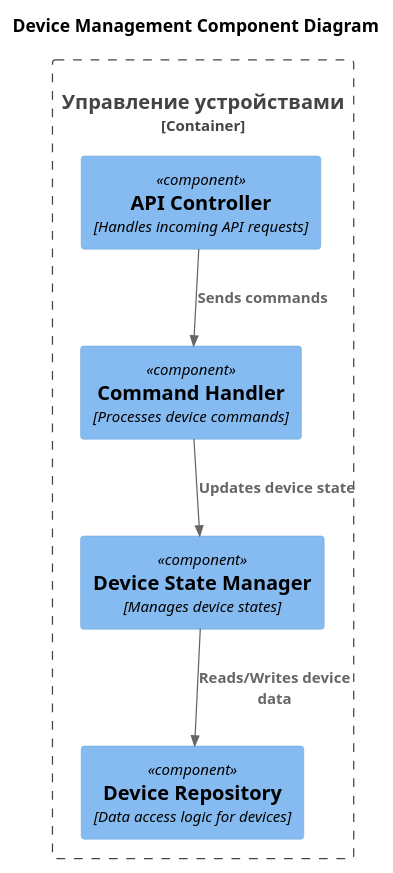
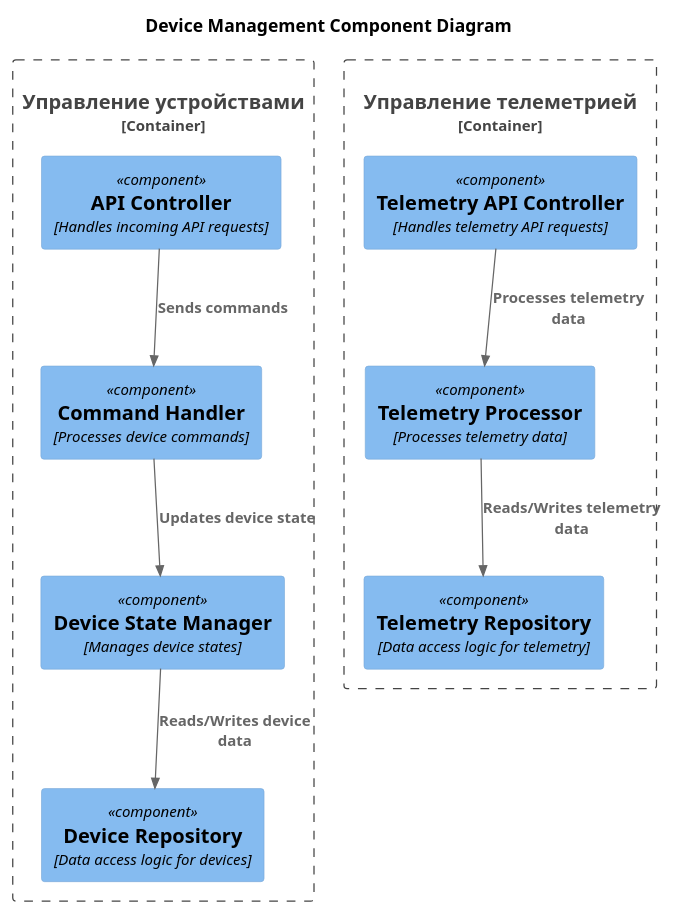
The diagram in docs/components.puml (darbulat/architecture-sprint-3), drawn with PlantUML before and after one commit. The commit also changed 6 other files, not shown here.

```diff
--- a/docs/components.puml
+++ b/docs/components.puml
@@ -1,19 +1,28 @@
 @startuml
 title Device Management Component Diagram
 
 top to bottom direction
 
 !includeurl https://raw.githubusercontent.com/RicardoNiepel/C4-PlantUML/master/C4_Component.puml
 
 Container_Boundary(DeviceService, "Управление устройствами") {
   Component(ApiController, "API Controller", "Handles incoming API requests")
   Component(CommandHandler, "Command Handler", "Processes device commands")
   Component(DeviceStateManager, "Device State Manager", "Manages device states")
   Component(DeviceRepository, "Device Repository", "Data access logic for devices")
 }
 
+Container_Boundary(TelemetryService, "Управление телеметрией") {
+  Component(TelemetryApiController, "Telemetry API Controller", "Handles telemetry API requests")
+  Component(TelemetryProcessor, "Telemetry Processor", "Processes telemetry data")
+  Component(TelemetryRepository, "Telemetry Repository", "Data access logic for telemetry")
+}
+
 Rel(ApiController, CommandHandler, "Sends commands")
 Rel(CommandHandler, DeviceStateManager, "Updates device state")
 Rel(DeviceStateManager, DeviceRepository, "Reads/Writes device data")
 
+Rel(TelemetryApiController, TelemetryProcessor, "Processes telemetry data")
+Rel(TelemetryProcessor, TelemetryRepository, "Reads/Writes telemetry data")
+
 @enduml
```
